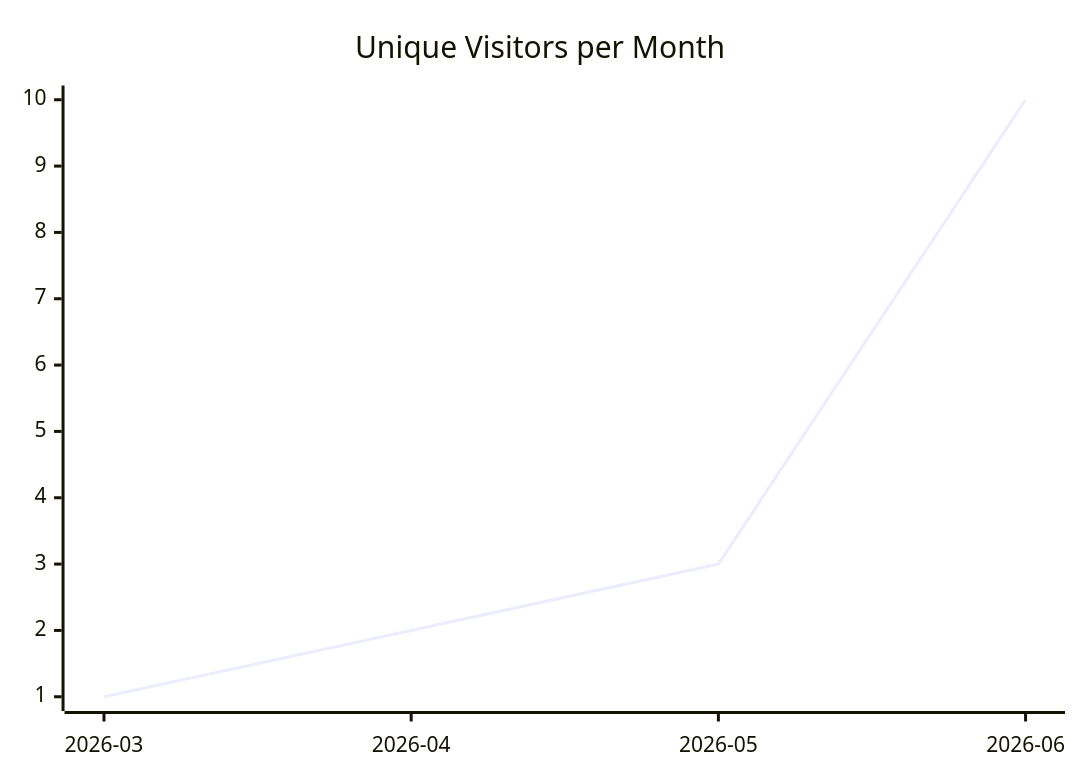
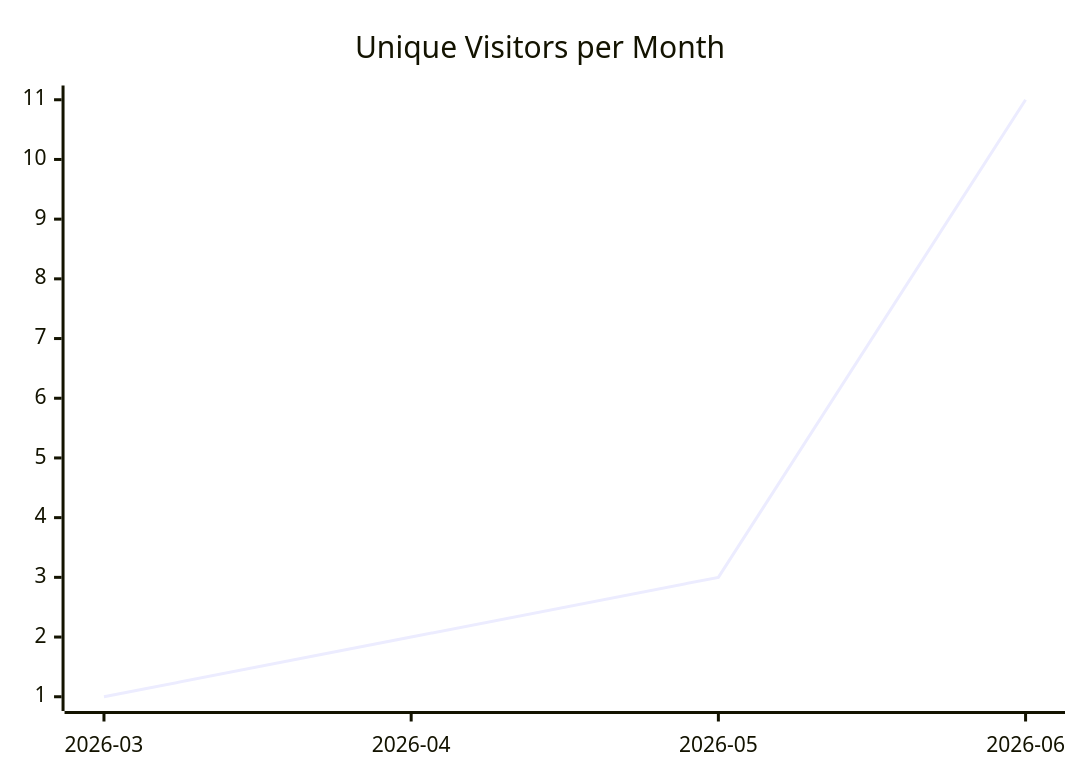
The first of 3 diagrams in karlmdavis/justdavis-ansible/README.md (justdavis-family/github-analytics-data), drawn with Mermaid before and after one commit. The commit also changed other lines of this file and 197 other files, not shown here.

````diff
--- a/karlmdavis/justdavis-ansible/README.md
+++ b/karlmdavis/justdavis-ansible/README.md
@@ -5,6 +5,6 @@
 ```mermaid
 xychart-beta
   title "Unique Visitors per Month"
   x-axis ["2026-03", "2026-04", "2026-05", "2026-06"]
-  line [1, 2, 3, 10]
+  line [1, 2, 3, 11]
 ```
````
